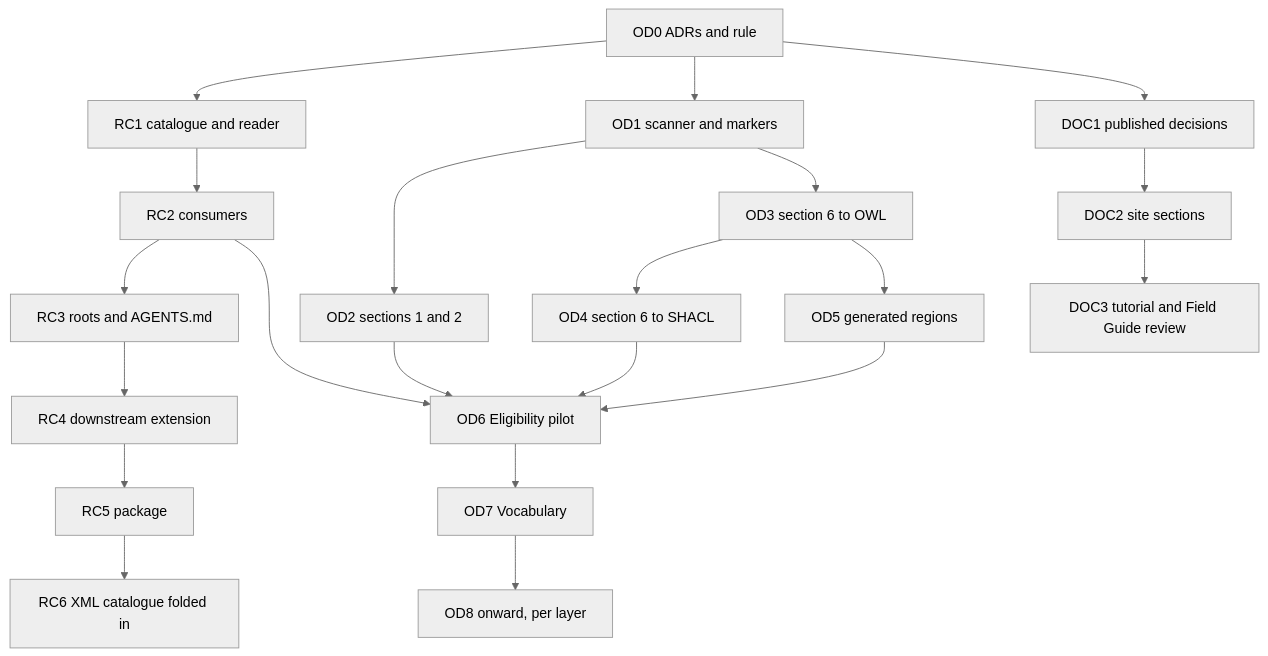
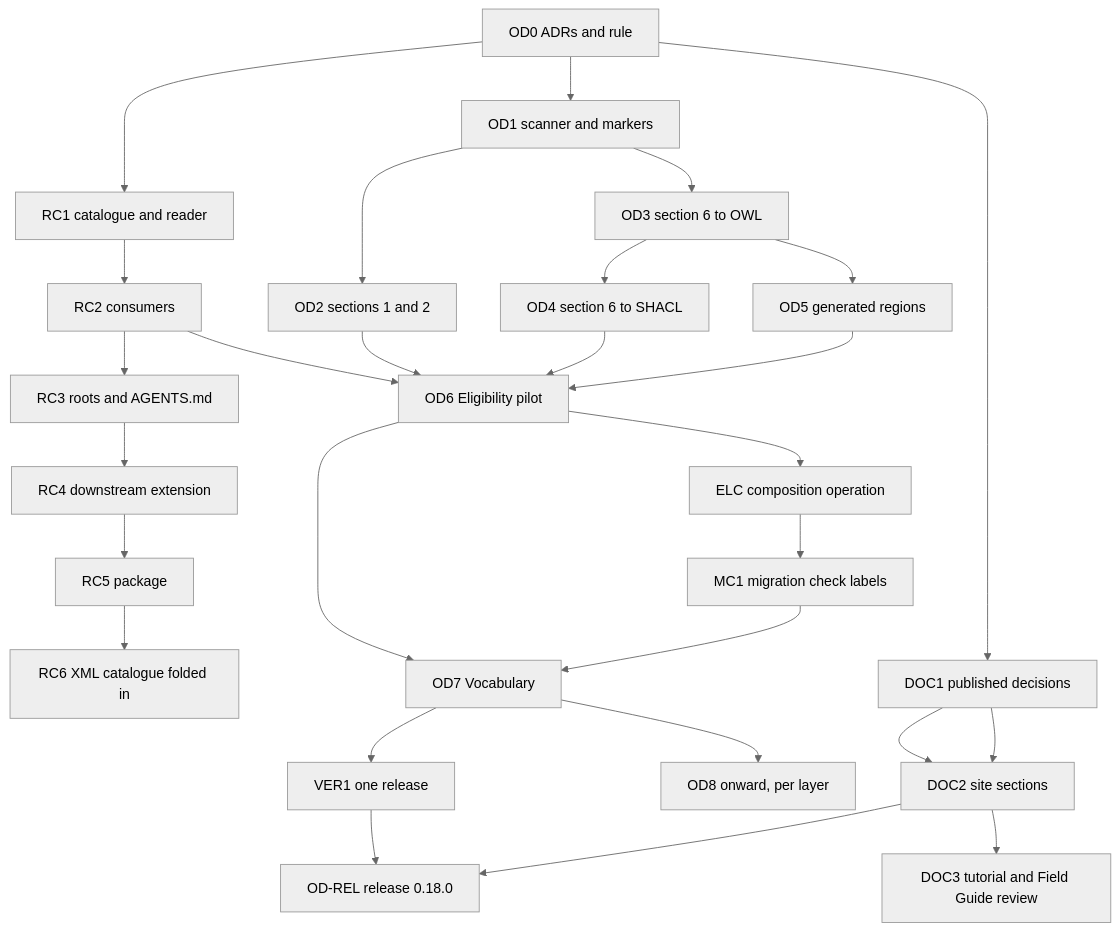
Before and after one commit to nebularis/lattice: the diagram in docs/developer/plans/improved-ontology-documentation.md, drawn with Mermaid (neutral theme). The commit also changed other lines of this file and 247 other files, not shown here.

````diff
--- a/docs/developer/plans/improved-ontology-documentation.md
+++ b/docs/developer/plans/improved-ontology-documentation.md
@@ -192,23 +219,30 @@
 ```mermaid
 flowchart TB
     OD0["OD0 ADRs and rule"] --> RC1["RC1 catalogue and reader"]
     OD0 --> OD1["OD1 scanner and markers"]
     RC1 --> RC2["RC2 consumers"]
     RC2 --> RC3["RC3 roots and AGENTS.md"]
     OD1 --> OD2["OD2 sections 1 and 2"]
     OD1 --> OD3["OD3 section 6 to OWL"]
     OD3 --> OD4["OD4 section 6 to SHACL"]
     OD3 --> OD5["OD5 generated regions"]
     RC2 --> OD6
     OD2 --> OD6["OD6 Eligibility pilot"]
     OD4 --> OD6
     OD5 --> OD6
     OD6 --> OD7["OD7 Vocabulary"]
+    OD6 --> ELC["ELC composition operation"]
+    ELC --> MC1["MC1 migration check labels"]
+    MC1 --> OD7
+    OD7 --> VER1["VER1 one release"]
+    VER1 --> REL["OD-REL release 0.18.0"]
+    DOC1 --> DOC2
+    DOC2 --> REL
     OD7 --> MIG["OD8 onward, per layer"]
     OD0 --> DOC1["DOC1 published decisions"]
     DOC1 --> DOC2["DOC2 site sections"]
     DOC2 --> DOC3["DOC3 tutorial and Field Guide review"]
     RC3 --> RC4["RC4 downstream extension"]
     RC4 --> RC5["RC5 package"]
     RC5 --> RC6["RC6 XML catalogue folded in"]
 ```
````
